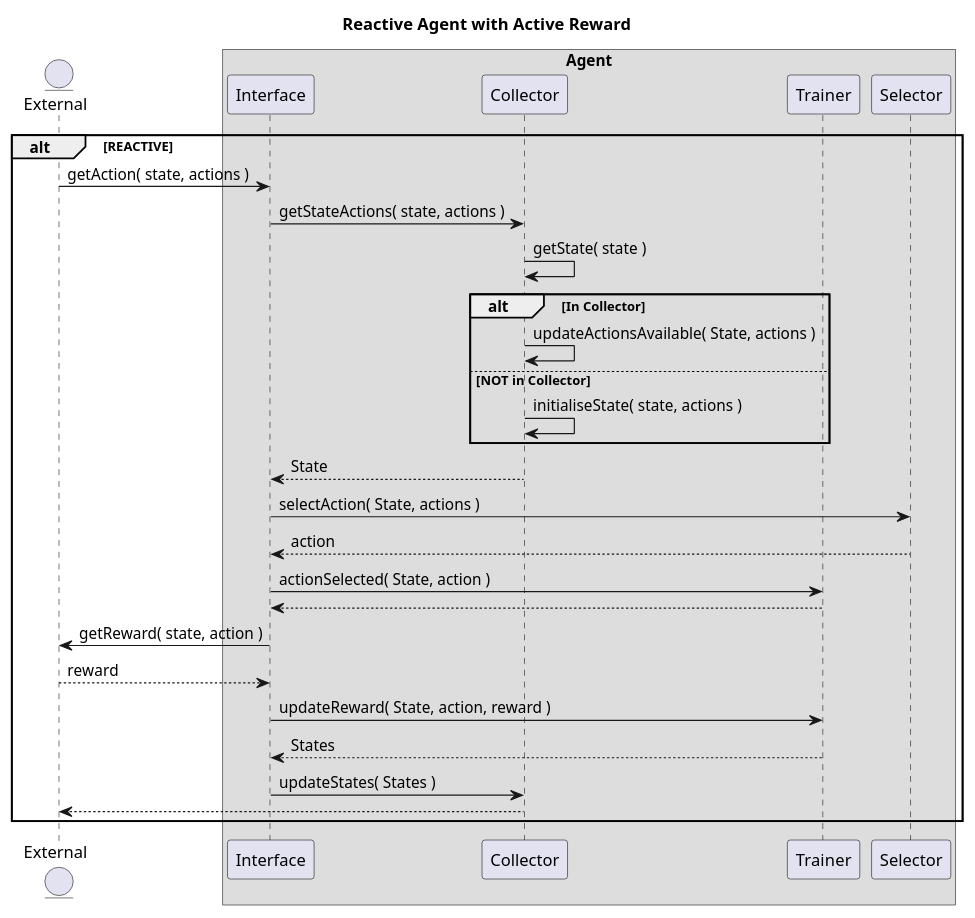
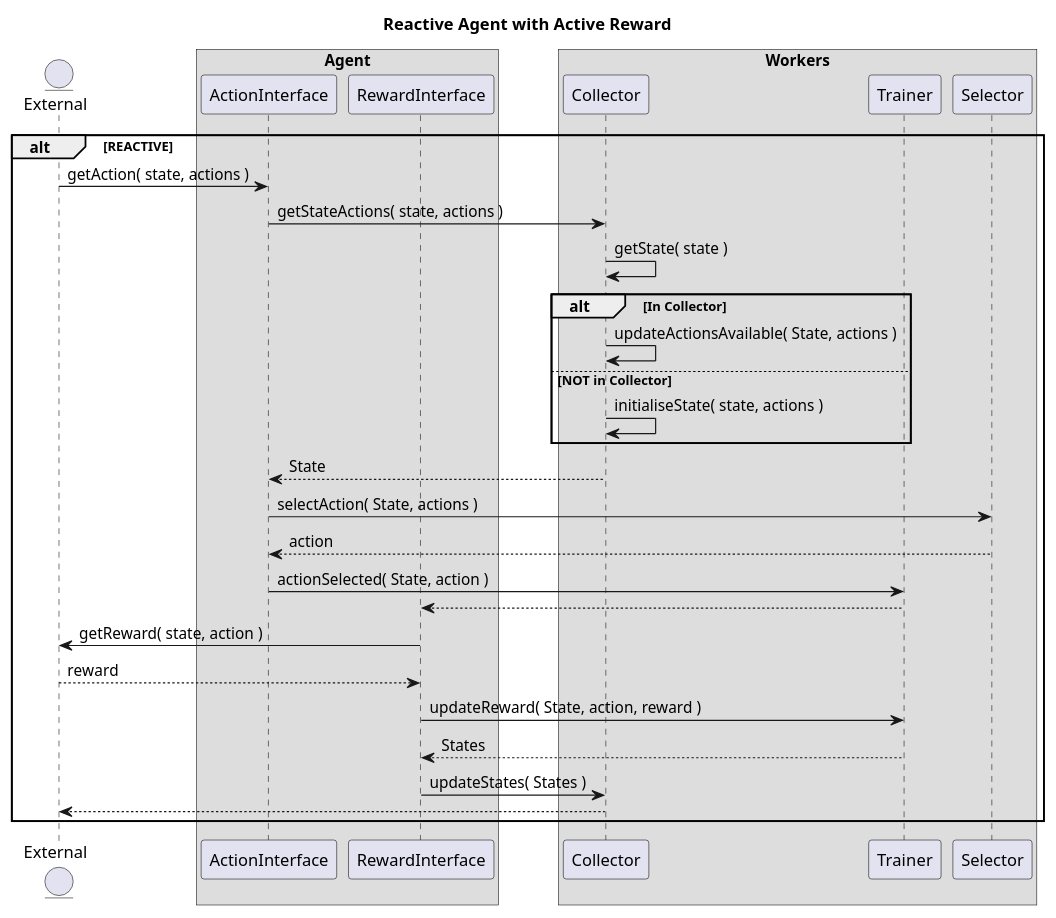
One commit to vhorta73/RL-Perl changed the diagram in Uml/SequenceDiagram/Agent RA.plantuml. Above: the diagram before and after it, drawn with PlantUML. The commit also changed 3 other files, not shown here.

First line of the commit message:
Extending Sequence Diagrams

```diff
--- a/Uml/SequenceDiagram/Agent RA.plantuml
+++ b/Uml/SequenceDiagram/Agent RA.plantuml
@@ -1,37 +1,42 @@
 @startuml
 
 title Reactive Agent with Active Reward
 
 entity External
+
 box "Agent"
-  participant Interface 
+  participant ActionInterface 
+  participant RewardInterface 
+end box
+
+box "Workers"
   participant Collector
   participant Trainer
   participant Selector 
 end box
 
 alt REACTIVE
-  External    -> Interface : getAction( state, actions )
-  Interface   -> Collector : getStateActions( state, actions )
+  External    -> ActionInterface : getAction( state, actions )
+  ActionInterface   -> Collector : getStateActions( state, actions )
   Collector   -> Collector : getState( state )
 
   alt In Collector
     Collector   -> Collector : updateActionsAvailable( State, actions )
   else NOT in Collector
     Collector   -> Collector : initialiseState( state, actions )
   end
 
-  Interface    <-- Collector : State
-  Interface     -> Selector  : selectAction( State, actions )
-  Interface    <-- Selector  : action
-  Interface     -> Trainer   : actionSelected( State, action )
-  Interface    <-- Trainer
-  External      <- Interface : getReward( state, action )
-  External     --> Interface : reward
-  Interface     -> Trainer   : updateReward( State, action, reward )
-  Interface    <-- Trainer   : States
-  Interface    ->  Collector : updateStates( States )
+  ActionInterface    <-- Collector : State
+  ActionInterface     -> Selector  : selectAction( State, actions )
+  ActionInterface    <-- Selector  : action
+  ActionInterface     -> Trainer   : actionSelected( State, action )
+  RewardInterface    <-- Trainer
+  External      <- RewardInterface : getReward( state, action )
+  External     --> RewardInterface : reward
+  RewardInterface     -> Trainer   : updateReward( State, action, reward )
+  RewardInterface    <-- Trainer   : States
+  RewardInterface    ->  Collector : updateStates( States )
   External     <-- Collector 
 end
 
 @enduml
```
